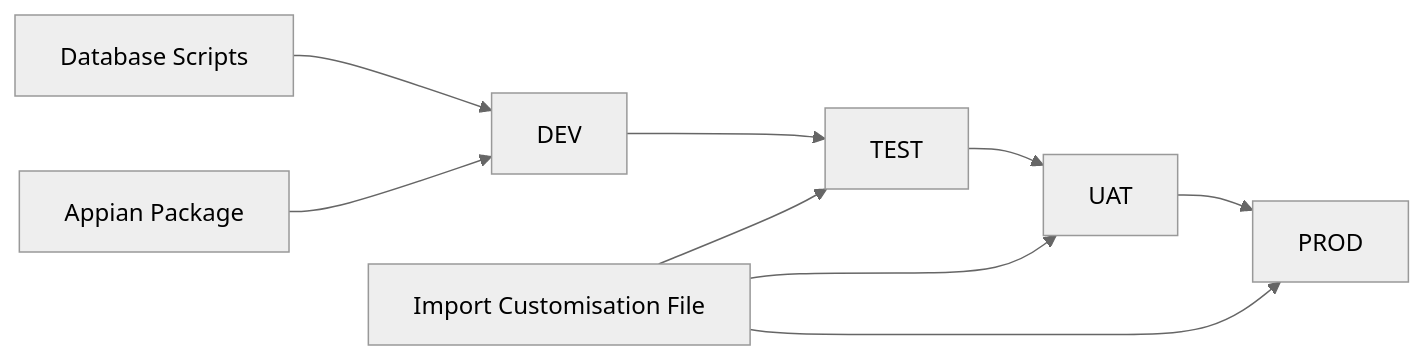
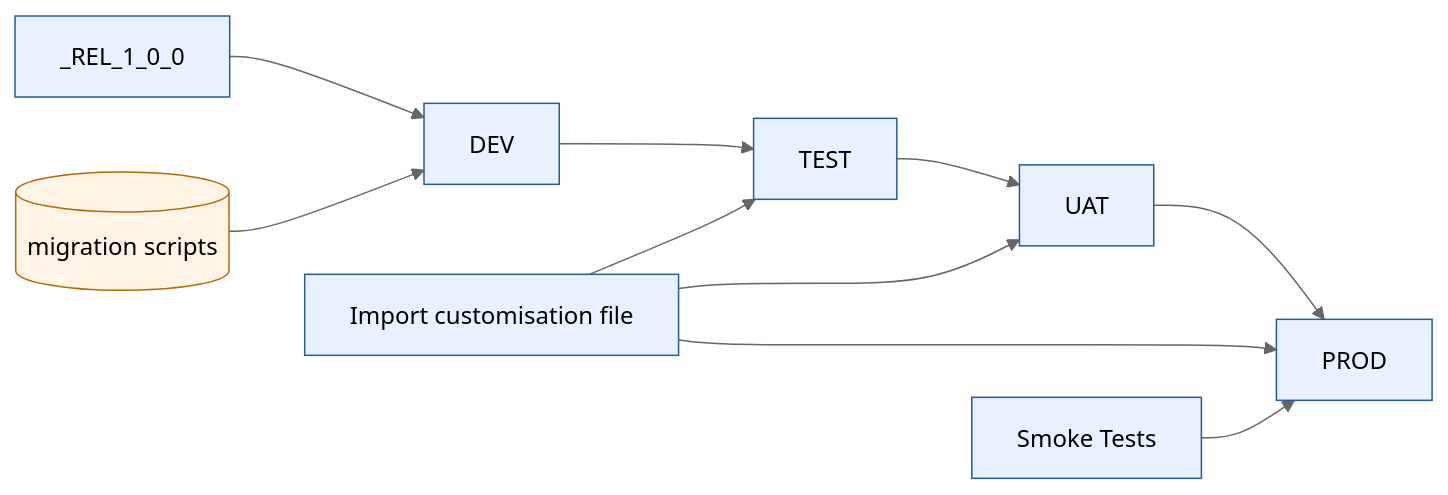
One commit to ankitBhaskar/appianTestCode changed the ninth of 9 diagrams in docs/appian-26-4/templates/ARCHITECTURE_DOCUMENT_TEMPLATE.md. Above: the diagram before and after it, drawn with Mermaid (neutral theme). The commit also changed other lines of this file, not shown here.

Commit message:
Enhance architecture document template for enterprise Appian delivery

````diff
--- a/docs/appian-26-4/templates/ARCHITECTURE_DOCUMENT_TEMPLATE.md
+++ b/docs/appian-26-4/templates/ARCHITECTURE_DOCUMENT_TEMPLATE.md
@@ -284,11 +670,14 @@
 ```mermaid
 flowchart LR
-  Dev[DEV] --> Test[TEST]
-  Test --> UAT[UAT]
-  UAT --> Prod[PROD]
-  DB[Database Scripts] --> Dev
-  Package[Appian Package] --> Dev
-  ImportCustomisation[Import Customisation File] --> Test
-  ImportCustomisation --> UAT
-  ImportCustomisation --> Prod
+  Dev["DEV"]:::appian --> Test["TEST"]:::appian
+  Test --> UAT["UAT"]:::appian
+  UAT --> Prod["PROD"]:::appian
+  Package["<PREFIX>_REL_1_0_0"]:::appian --> Dev
+  DB[("<database_prefix> migration scripts")]:::data --> Dev
+  Custom["Import customisation file"]:::appian --> Test
+  Custom --> UAT
+  Custom --> Prod
+  Smoke["<PREFIX> Smoke Tests"]:::appian --> Prod
+  classDef appian fill:#e8f1ff,stroke:#235a97,stroke-width:1px
+  classDef data fill:#fff4e6,stroke:#b26b00,stroke-width:1px
 ```
````
